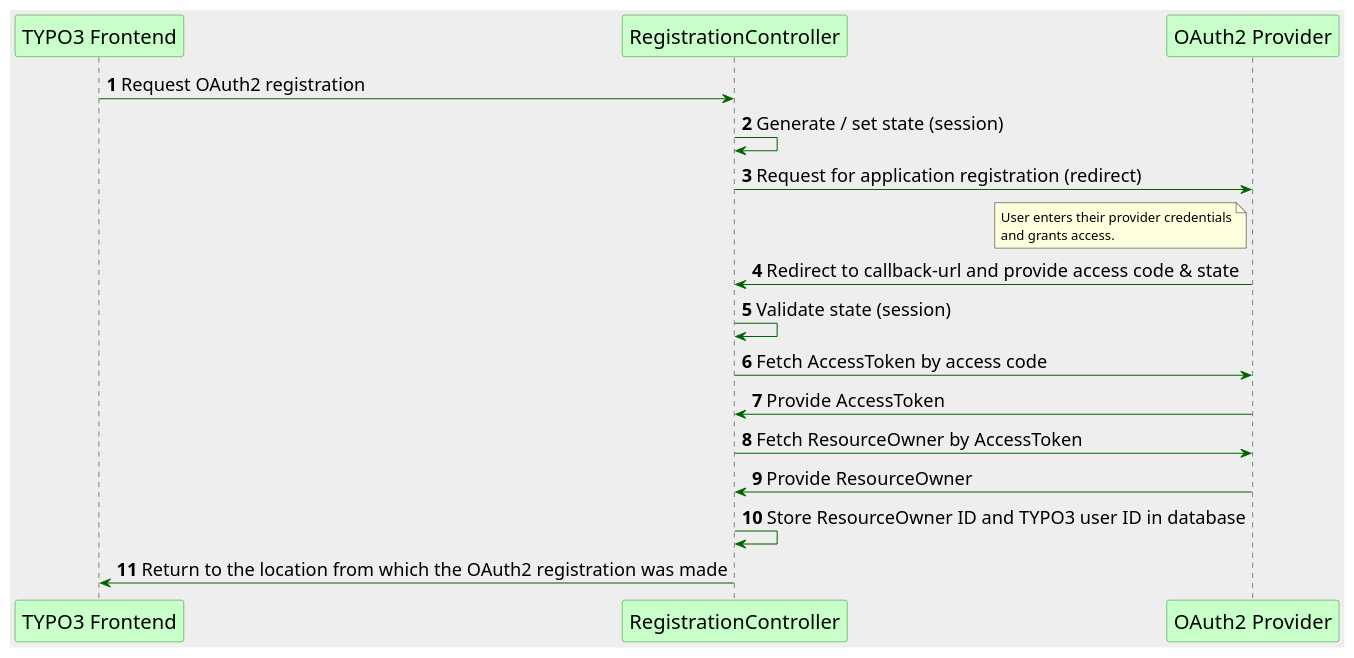
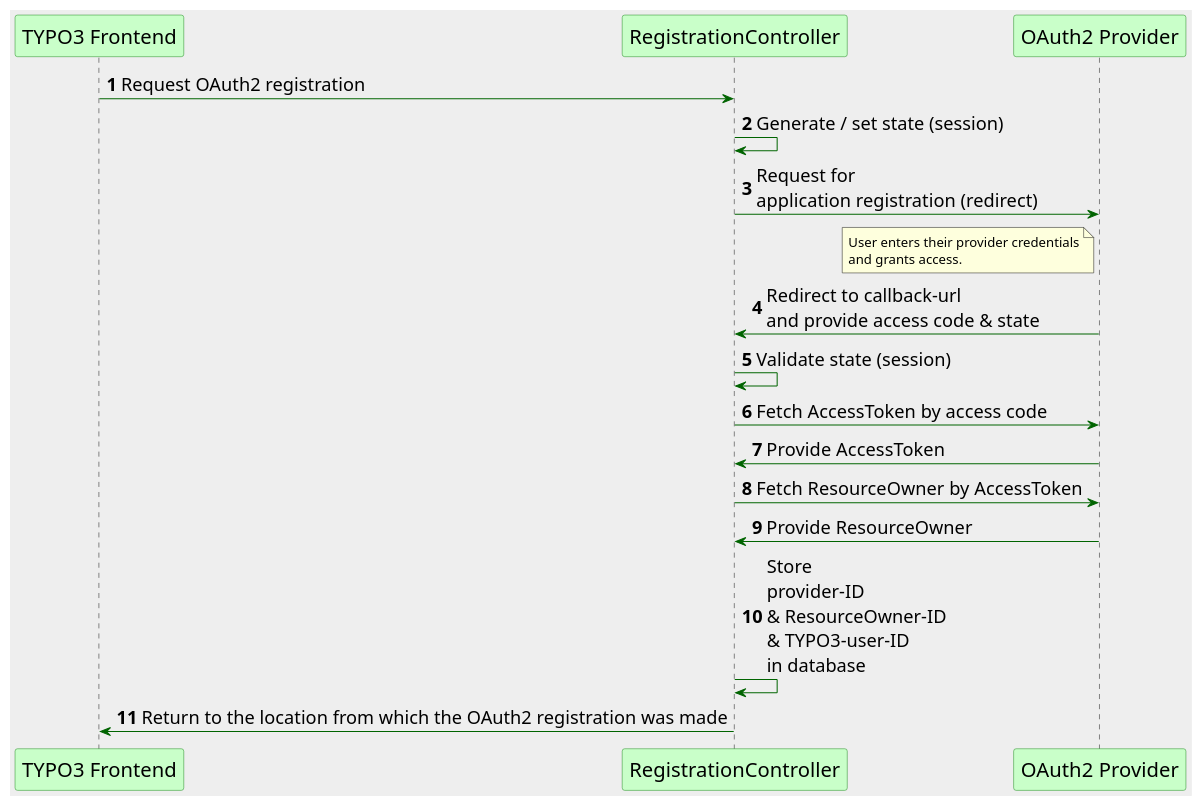
One commit to jswebguru/OAuth2-client changed the fourth of 4 diagrams in Documentation/Developers/Index.rst. Above: the diagram before and after it, drawn with PlantUML. The commit also changed other lines of this file and 12 other files, not shown here.

```diff
--- a/Documentation/Developers/Index.rst
+++ b/Documentation/Developers/Index.rst
@@ -142,33 +142,33 @@
 .. uml::
 
    skinparam backgroundColor #EEE
    skinparam handwritten false
    skinparam sequence {
        ArrowColor DarkGreen
        ArrowFontSize 18
        ParticipantBorderColor ForestGreen
        ParticipantFontSize 20
        ParticipantBackgroundColor TECHNOLOGY
        NoteBackgroundColor ForestGreen
        NoteBorderColor ForestGreen
        NoteShadowing false
    }
 
    autonumber
 
    "TYPO3 Frontend" -> "RegistrationController": Request OAuth2 registration
    "RegistrationController" -> "RegistrationController": Generate / set state (session)
-   "RegistrationController" -> "OAuth2 Provider": Request for application registration (redirect)
+   "RegistrationController" -> "OAuth2 Provider": Request for\napplication registration (redirect)
    note left of "OAuth2 Provider"
        User enters their provider credentials
        and grants access.
    end note
-   "OAuth2 Provider" -> "RegistrationController": Redirect to callback-url and provide access code & state
+   "OAuth2 Provider" -> "RegistrationController": Redirect to callback-url\nand provide access code & state
    "RegistrationController" -> "RegistrationController": Validate state (session)
    "RegistrationController" -> "OAuth2 Provider": Fetch AccessToken by access code
    "OAuth2 Provider" -> "RegistrationController": Provide AccessToken
    "RegistrationController" -> "OAuth2 Provider": Fetch ResourceOwner by AccessToken
    "OAuth2 Provider" -> "RegistrationController": Provide ResourceOwner
-   "RegistrationController" -> "RegistrationController": Store ResourceOwner ID and TYPO3 user ID in database
+   "RegistrationController" -> "RegistrationController": Store\nprovider-ID\n& ResourceOwner-ID\n& TYPO3-user-ID\nin database
    "RegistrationController" -> "TYPO3 Frontend": Return to the location from which the OAuth2 registration was made
    @enduml
```
